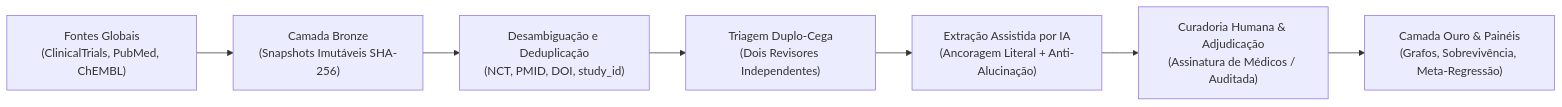
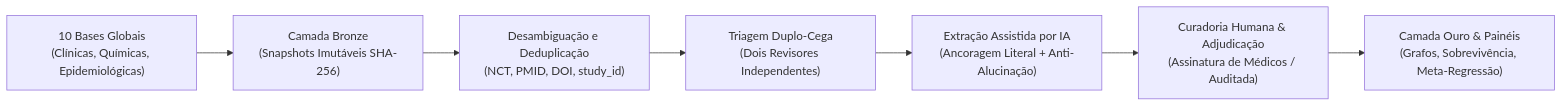
Before and after one commit to PauloHFA/DenguePharma: the diagram in README.md, drawn with Mermaid. The commit also changed other lines of this file, not shown here.

First line of the commit message:
docs: detalha as 10 bases de dados integradas ao DenguePharma no README

````diff
--- a/README.md
+++ b/README.md
@@ -80,9 +81,9 @@
 ```mermaid
 flowchart LR
-    A["Fontes Globais<br/>(ClinicalTrials, PubMed, ChEMBL)"] --> B["Camada Bronze<br/>(Snapshots Imutáveis SHA-256)"]
+    A["10 Bases Globais<br/>(Clínicas, Químicas, Epidemiológicas)"] --> B["Camada Bronze<br/>(Snapshots Imutáveis SHA-256)"]
     B --> C["Desambiguação e Deduplicação<br/>(NCT, PMID, DOI, study_id)"]
     C --> D["Triagem Duplo-Cega<br/>(Dois Revisores Independentes)"]
     D --> E["Extração Assistida por IA<br/>(Ancoragem Literal + Anti-Alucinação)"]
     E --> F["Curadoria Humana & Adjudicação<br/>(Assinatura de Médicos / Auditada)"]
     F --> G["Camada Ouro & Painéis<br/>(Grafos, Sobrevivência, Meta-Regressão)"]
 ```
````
